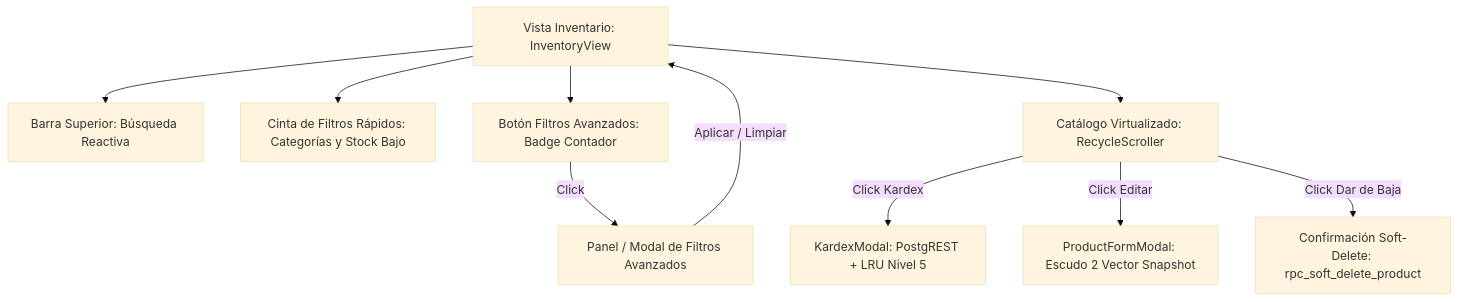
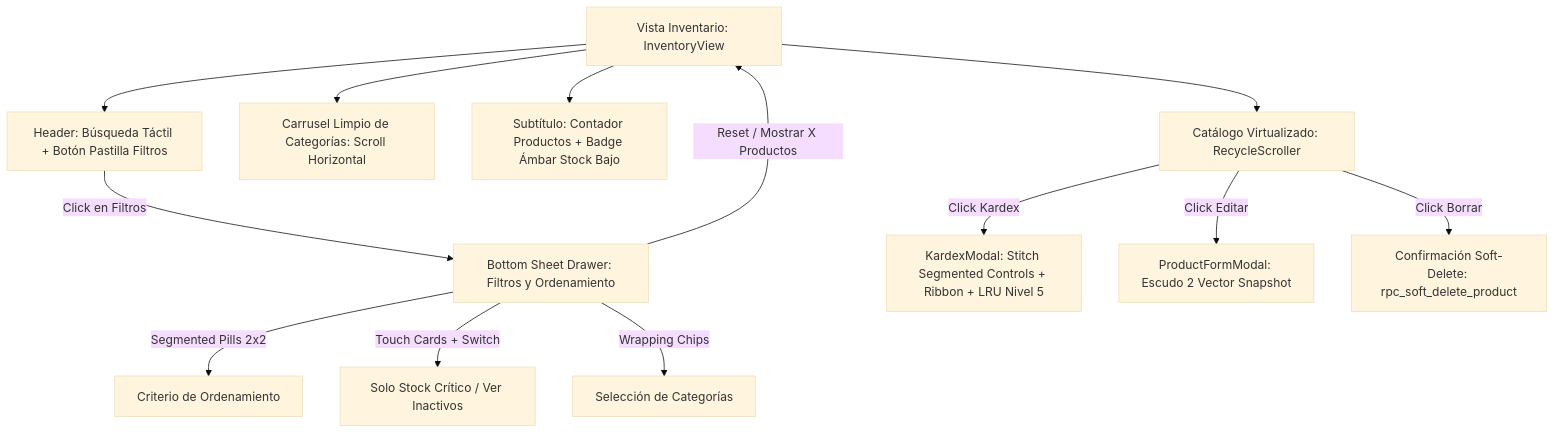
Before and after one commit to YamirJCF/tienda-barrio-pro: the diagram in documentation/01_requirements/UXD/UXD_006_INTERFAZ_INVENTARIO.md, drawn with Mermaid (base theme). The commit also changed other lines of this file and 2 other files, not shown here.

Commit message:
style(inventory): rediseñar filtros y kardex con design system Stitch mobile-first

````diff
--- a/documentation/01_requirements/UXD/UXD_006_INTERFAZ_INVENTARIO.md
+++ b/documentation/01_requirements/UXD/UXD_006_INTERFAZ_INVENTARIO.md
@@ -20,12 +23,15 @@
 ```mermaid
 graph TD
-    A[Vista Inventario: InventoryView] --> B[Barra Superior: Búsqueda Reactiva]
-    A --> C[Cinta de Filtros Rápidos: Categorías y Stock Bajo]
-    A --> D[Botón Filtros Avanzados: Badge Contador]
-    D -->|Click| E[Panel / Modal de Filtros Avanzados]
-    E -->|Aplicar / Limpiar| A
+    A[Vista Inventario: InventoryView] --> B[Header: Búsqueda Táctil + Botón Pastilla Filtros]
+    A --> C[Carrusel Limpio de Categorías: Scroll Horizontal]
+    A --> D[Subtítulo: Contador Productos + Badge Ámbar Stock Bajo]
+    B -->|Click en Filtros| E[Bottom Sheet Drawer: Filtros y Ordenamiento]
+    E -->|Segmented Pills 2x2| E1[Criterio de Ordenamiento]
+    E -->|Touch Cards + Switch| E2[Solo Stock Crítico / Ver Inactivos]
+    E -->|Wrapping Chips| E3[Selección de Categorías]
+    E -->|Reset / Mostrar X Productos| A
     A --> F[Catálogo Virtualizado: RecycleScroller]
-    F -->|Click Kardex| G[KardexModal: PostgREST + LRU Nivel 5]
+    F -->|Click Kardex| G[KardexModal: Stitch Segmented Controls + Ribbon + LRU Nivel 5]
     F -->|Click Editar| H[ProductFormModal: Escudo 2 Vector Snapshot]
-    F -->|Click Dar de Baja| I[Confirmación Soft-Delete: rpc_soft_delete_product]
+    F -->|Click Borrar| I[Confirmación Soft-Delete: rpc_soft_delete_product]
 ```
````
